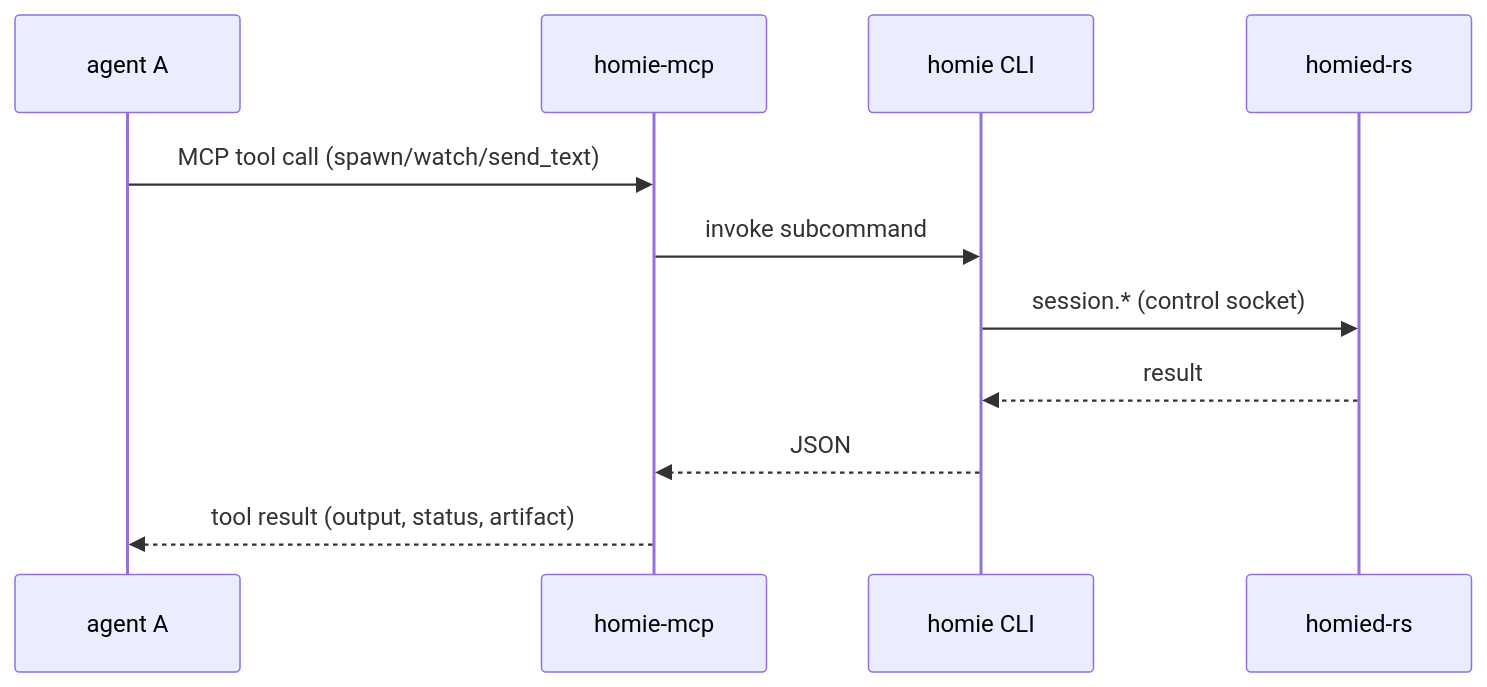
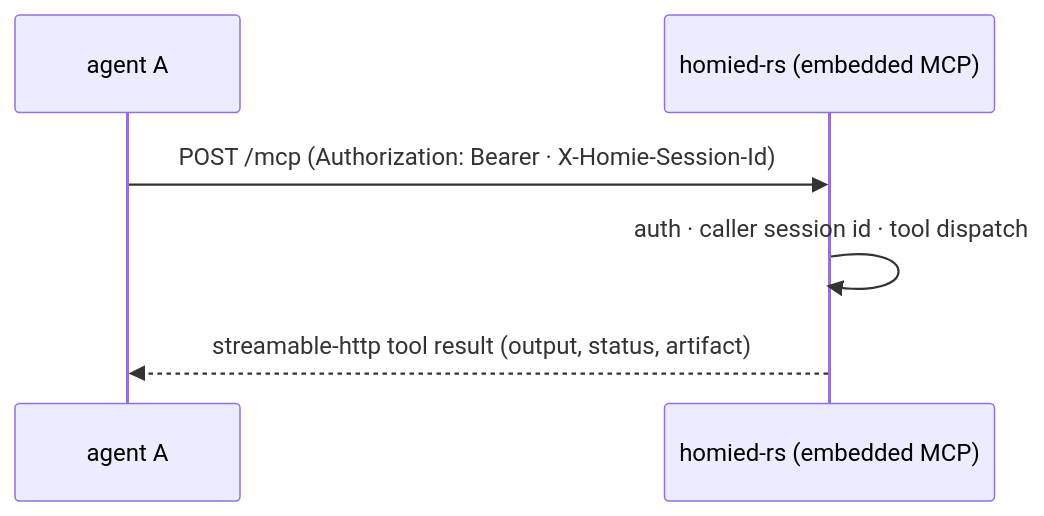
Before and after one commit to superops-team/homie: the fifth of 7 diagrams in README.md, drawn with Mermaid. The commit also changed other lines of this file and 3 other files, not shown here.

Commit message:
docs(mcp): finalize release evidence and align docs for HTTP transport

````diff
--- a/README.md
+++ b/README.md
@@ -197,14 +194,9 @@
 ```mermaid
 sequenceDiagram
     participant A1 as agent A
-    participant M as homie-mcp
-    participant C as homie CLI
-    participant D as homied-rs
+    participant D as homied-rs (embedded MCP)
 
-    A1->>M: MCP tool call (spawn/watch/send_text)
-    M->>C: invoke subcommand
-    C->>D: session.* (control socket)
-    D-->>C: result
-    C-->>M: JSON
-    M-->>A1: tool result (output, status, artifact)
+    A1->>D: POST /mcp (Authorization: Bearer · X-Homie-Session-Id)
+    D->>D: auth · caller session id · tool dispatch
+    D-->>A1: streamable-http tool result (output, status, artifact)
 ```
````
